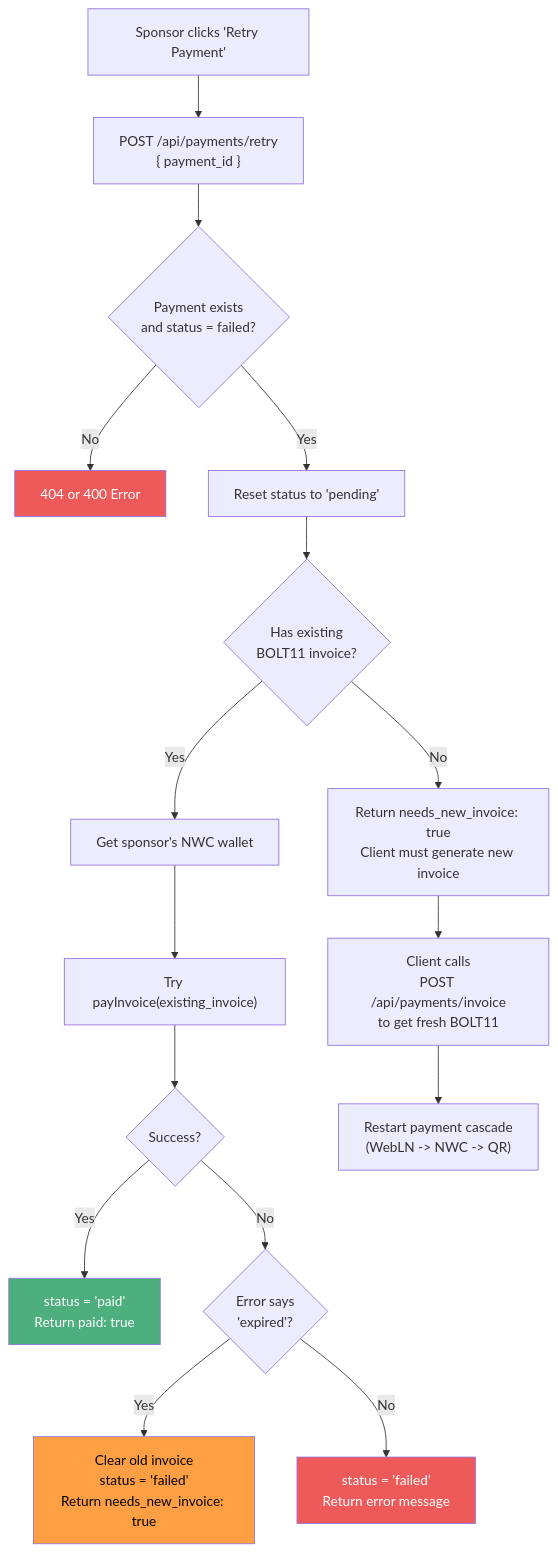
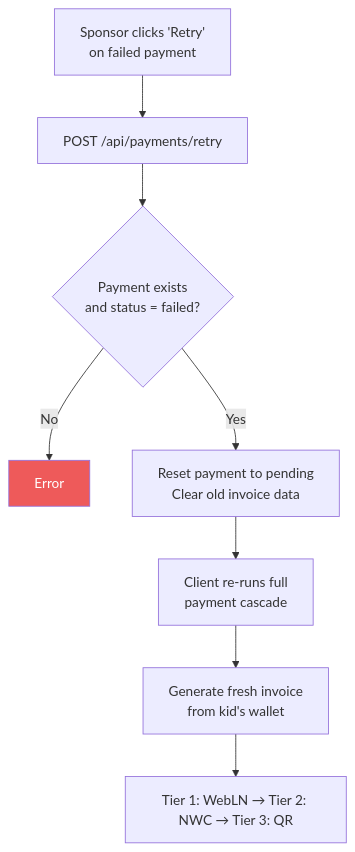
Before and after one commit to bitbybit-ar/bitbybit-habits: the diagram in docs/flows/payment-retry.md, drawn with Mermaid. The commit also changed other lines of this file and 12 other files, not shown here.

Commit message:
fix: correct payment flow — kid wallet check, extracted cascade, retry re-runs cascade

````diff
--- a/docs/flows/payment-retry.md
+++ b/docs/flows/payment-retry.md
@@ -7,24 +7,12 @@
 ```mermaid
 flowchart TD
-    A["Sponsor clicks 'Retry Payment'"] --> B["POST /api/payments/retry<br/>{ payment_id }"]
+    A["Sponsor clicks 'Retry'<br/>on failed payment"] --> B["POST /api/payments/retry"]
     B --> C{Payment exists<br/>and status = failed?}
-    C -- No --> D["404 or 400 Error"]
-    C -- Yes --> E["Reset status to 'pending'"]
-    E --> F{Has existing<br/>BOLT11 invoice?}
-    F -- No --> G["Return needs_new_invoice: true<br/>Client must generate new invoice"]
-    F -- Yes --> H["Get sponsor's NWC wallet"]
-    H --> I["Try payInvoice(existing_invoice)"]
-    I --> J{Success?}
-    J -- Yes --> K["status = 'paid'<br/>Return paid: true"]
-    J -- No --> L{Error says<br/>'expired'?}
-    L -- Yes --> M["Clear old invoice<br/>status = 'failed'<br/>Return needs_new_invoice: true"]
-    L -- No --> N["status = 'failed'<br/>Return error message"]
+    C -- No --> D["Error"]
+    C -- Yes --> E["Reset payment to pending<br/>Clear old invoice data"]
+    E --> F["Client re-runs full<br/>payment cascade"]
+    F --> G["Generate fresh invoice<br/>from kid's wallet"]
+    G --> H["Tier 1: WebLN → Tier 2: NWC → Tier 3: QR"]
 
-    G --> O["Client calls<br/>POST /api/payments/invoice<br/>to get fresh BOLT11"]
-    O --> P["Restart payment cascade<br/>(WebLN -> NWC -> QR)"]
-
-    style K fill:#4CAF7D,color:#fff
     style D fill:#EE5A5A,color:#fff
-    style N fill:#EE5A5A,color:#fff
-    style M fill:#FF9F43,color:#000
 ```
````
